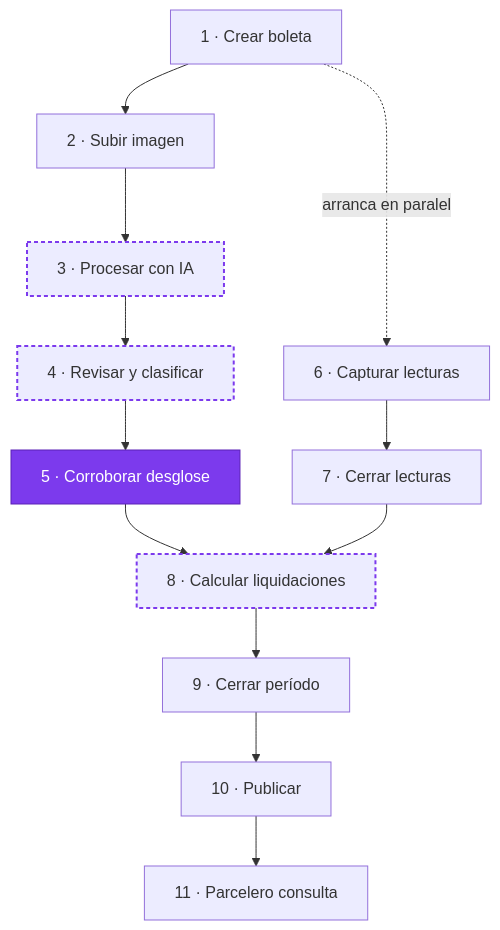
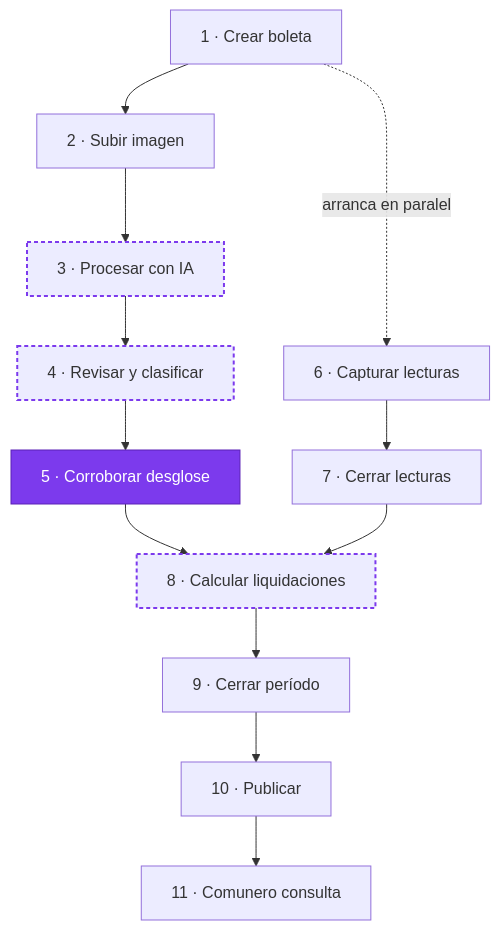
One commit to mmoyac/EffiEnerCheck changed the first of 2 diagrams in docs/flujo-periodo.md. Above: the diagram before and after it, drawn with Mermaid. The commit also changed other lines of this file and 127 other files, not shown here.

````diff
--- a/docs/flujo-periodo.md
+++ b/docs/flujo-periodo.md
@@ -13,24 +13,24 @@
 ```mermaid
 flowchart TD
     A1["1 · Crear boleta"] --> A2["2 · Subir imagen"]
     A2 --> A3["3 · Procesar con IA"]
     A3 --> A4["4 · Revisar y clasificar"]
     A4 --> A5["5 · Corroborar desglose"]
 
     A1 -.arranca en paralelo.-> L6["6 · Capturar lecturas"]
     L6 --> L7["7 · Cerrar lecturas"]
 
     A5 --> C8["8 · Calcular liquidaciones"]
     L7 --> C8
     C8 --> C9["9 · Cerrar período"]
     C9 --> C10["10 · Publicar"]
-    C10 --> P11["11 · Parcelero consulta"]
+    C10 --> P11["11 · Comunero consulta"]
 
     A5:::nuevo
     A3:::cambia
     A4:::cambia
     C8:::cambia
 
     classDef nuevo fill:#7C3AED,stroke:#5B21B6,color:#fff
     classDef cambia stroke:#7C3AED,stroke-width:2px,stroke-dasharray: 4 3
 ```
````
